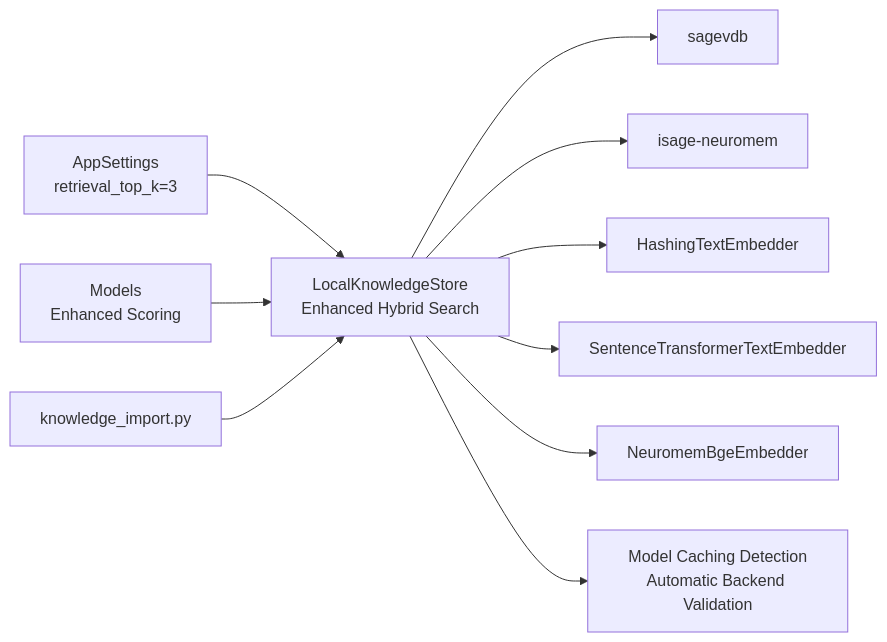
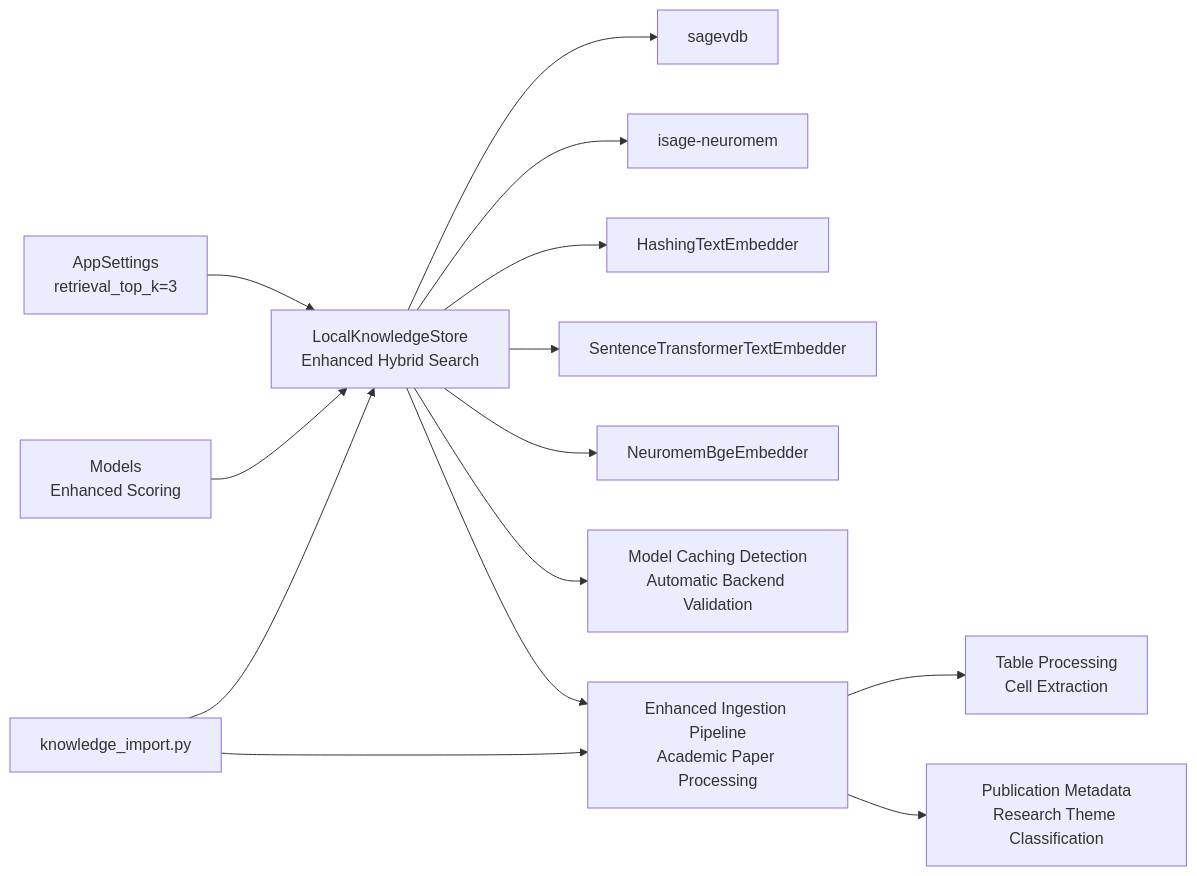
Before and after one commit to intellistream/sage-mate: diagram 12 of 12 in .qoder/repowiki/en/content/Knowledge Management/Knowledge Base Storage.md, drawn with Mermaid. The commit also changed other lines of this file and 60 other files, not shown here.

````diff
--- a/.qoder/repowiki/en/content/Knowledge Management/Knowledge Base Storage.md
+++ b/.qoder/repowiki/en/content/Knowledge Management/Knowledge Base Storage.md
@@ -545,12 +627,16 @@
 ```mermaid
 graph LR
 Settings["AppSettings<br/>retrieval_top_k=3"] --> Store["LocalKnowledgeStore<br/>Enhanced Hybrid Search"]
 Models["Models<br/>Enhanced Scoring"] --> Store
 Store --> SageVDB["sagevdb"]
 Store --> Neuromem["isage-neuromem"]
 Store --> Embed1["HashingTextEmbedder"]
 Store --> Embed2["SentenceTransformerTextEmbedder"]
 Store --> Embed3["NeuromemBgeEmbedder"]
 Store --> Validation["Model Caching Detection<br/>Automatic Backend Validation"]
+Store --> EnhancedIngestion["Enhanced Ingestion Pipeline<br/>Academic Paper Processing"]
 Import["knowledge_import.py"] --> Store
+Import --> EnhancedIngestion
+EnhancedIngestion --> TableSupport["Table Processing<br/>Cell Extraction"]
+EnhancedIngestion --> MetadataExtraction["Publication Metadata<br/>Research Theme Classification"]
 ```
````
